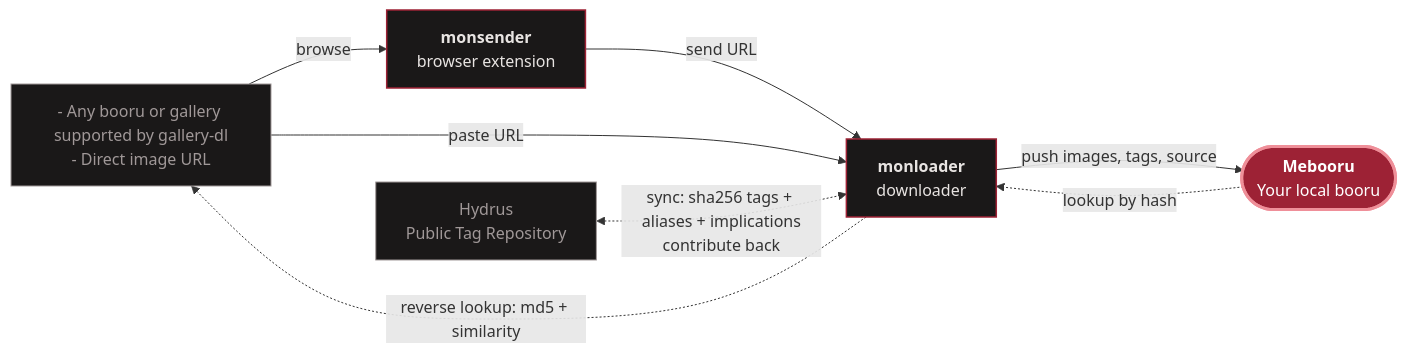
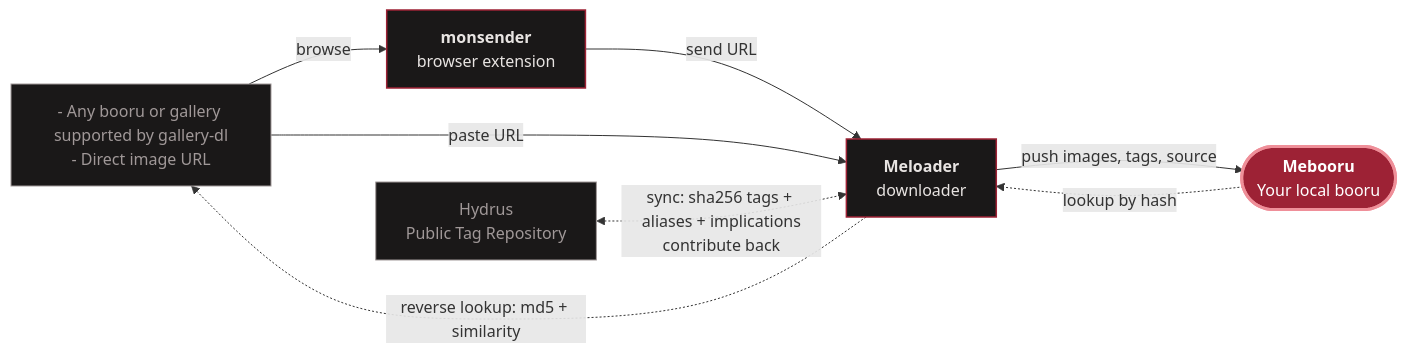
One commit to jwebb7847-ui/mebooru changed the diagram in README.md. Above: the diagram before and after it, drawn with Mermaid. The commit also changed other lines of this file and 42 other files, not shown here.

````diff
--- a/README.md
+++ b/README.md
@@ -121,37 +123,37 @@
 ```mermaid
 ---
 config:
   layout: dagre
   flowchart:
     wrappingWidth: 200
 ---
 flowchart LR
     web["`- Any booru or gallery supported by gallery-dl
 - Direct image URL`"]
     ptr["`Hydrus
 Public Tag Repository`"]
     sender["`**monsender**
 browser extension`"]
-    loader["`**monloader**
+    loader["`**Meloader**
 downloader`"]
     booru(["`**Mebooru**
 Your local booru`"])
 
     web -->|browse| sender
     sender -->|send URL| loader
     web -->|paste URL| loader
     loader -->|push images, tags, source| booru
 
     booru -.->|lookup by hash| loader
     loader -.->|reverse lookup: md5 + similarity| web
     ptr <-.->|"`sync: sha256 tags + aliases + implications
 contribute back`"| loader
 
     classDef hub  fill:#9d2235,stroke:#ef8f99,stroke-width:3px,color:#ffffff;
     classDef tool fill:#1a1818,stroke:#9d2235,stroke-width:1.5px,color:#e8e4e2;
     classDef src  fill:#1a1818,stroke:#a09898,stroke-width:1px,color:#a09898;
 
     class booru hub;
     class sender,loader tool;
     class web,ptr src;
 ```
````
